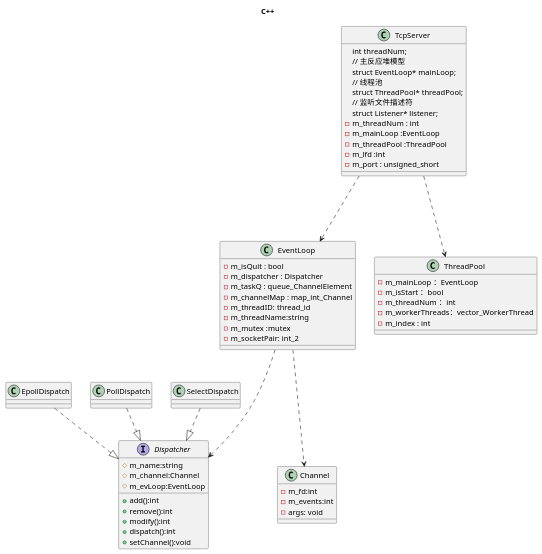
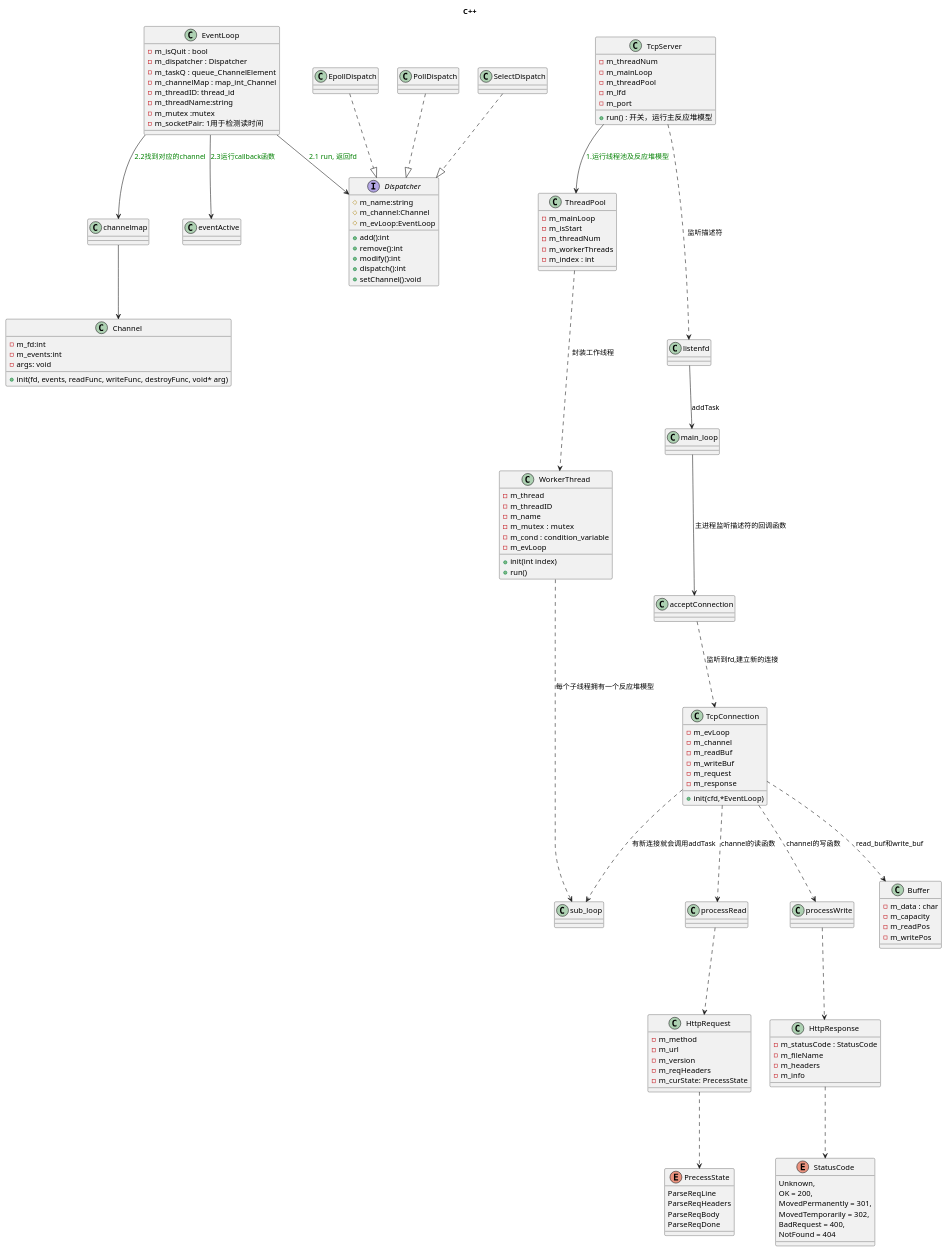
Before and after one commit to zhaol233/httpserver: the diagram in src/ReactorHttp-Cpp/class_cpp.puml, drawn with PlantUML. The commit also changed 12 other files, not shown here.

```diff
--- a/src/ReactorHttp-Cpp/class_cpp.puml
+++ b/src/ReactorHttp-Cpp/class_cpp.puml
@@ -1,74 +1,160 @@
 @startuml
 title
 C++
 end title
 
 class Channel{
     - m_fd:int
     - m_events:int
     - args: void
+    + init(fd, events, readFunc, writeFunc, destroyFunc, void* arg)
 }
 
 interface Dispatcher{
     + add():int
     + remove():int
     + modify():int
     + dispatch():int
     + setChannel():void
     # m_name:string
     # m_channel:Channel
     # m_evLoop:EventLoop
 }
 
 
 EpollDispatch -.|> Dispatcher
 PollDispatch -.|> Dispatcher
 SelectDispatch -.|> Dispatcher
 
 class EventLoop{
     - m_isQuit : bool 
     - m_dispatcher : Dispatcher
     - m_taskQ : queue_ChannelElement
     - m_channelMap : map_int_Channel
     - m_threadID: thread_id
     - m_threadName:string 
     - m_mutex :mutex 
-    - m_socketPair: int_2
+    - m_socketPair: 1用于检测读时间
 }
 
-EventLoop --.> Channel
-EventLoop --.> Dispatcher 
+' EventLoop --.> Channel : 包含channelmap
+EventLoop --> Dispatcher : <color:green>2.1 run, 返回fd
+EventLoop --> channelmap:  <color:green>2.2找到对应的channel
+channelmap --> Channel
+EventLoop --> eventActive :  <color:green>2.3运行callback函数
 
 class ThreadPool{
-    - m_mainLoop ：EventLoop
-    - m_isStart ：bool 
-    - m_threadNum ：int 
-    - m_workerThreads：vector_WorkerThread
+    - m_mainLoop
+    - m_isStart 
+    - m_threadNum
+    - m_workerThreads
     - m_index : int 
+} 
+
+' main_loop --.>EventLoop
+' sub_loop --.> EventLoop
+
+class WorkerThread
+{
+    - m_thread
+    - m_threadID
+    - m_name
+    - m_mutex :  mutex
+    - m_cond : condition_variable 
+    - m_evLoop
+
+    + init(int index)
+    + run()
 }
 
+
 class TcpServer{
-    int threadNum;
-    // 主反应堆模型
-    struct EventLoop* mainLoop;
-    // 线程池
-    struct ThreadPool* threadPool;
-    // 监听文件描述符
-    struct Listener* listener;
+    - m_threadNum
+    - m_mainLoop
+    - m_threadPool
+    - m_lfd 
+    - m_port 
+    + run() : 开关，运行主反应堆模型
 }
 
-class TcpServer{
-    - m_threadNum : int 
-    - m_mainLoop :EventLoop
-    - m_threadPool :ThreadPool
-    - m_lfd :int 
-    - m_port : unsigned_short
+class TcpConnection
+{
+    - m_evLoop
+    - m_channel
+    - m_readBuf
+    - m_writeBuf
+    - m_request
+    - m_response
+
+    + init(cfd,*EventLoop)
 }
 
-TcpServer --.> ThreadPool
-TcpServer --.> EventLoop
+class Buffer{
+    - m_data : char
+    - m_capacity
+    - m_readPos
+    - m_writePos
+}
+class HttpRequest {
+    - m_method
+    - m_url
+    - m_version
+    - m_reqHeaders
+    - m_curState: PrecessState 
+}
+
+class HttpResponse
+{
+    - m_statusCode : StatusCode 
+    - m_fileName
+    - m_headers 
+    - m_info 
+}
+
+enum StatusCode
+{
+    Unknown,
+    OK = 200,
+    MovedPermanently = 301,
+    MovedTemporarily = 302,
+    BadRequest = 400,
+    NotFound = 404
+}
+
+enum PrecessState
+{
+    ParseReqLine
+    ParseReqHeaders
+    ParseReqBody
+    ParseReqDone
+} 
+
+HttpRequest --.> PrecessState
+HttpResponse --.> StatusCode
+
+TcpServer --> ThreadPool : <color:green>1.运行线程池及反应堆模型 </color>
+
+ThreadPool --.> WorkerThread : 封装工作线程
+WorkerThread --.> sub_loop : 每个子线程拥有一个反应堆模型
+TcpServer --.> listenfd : 监听描述符
+
+main_loop --> acceptConnection : 主进程监听描述符的回调函数 
+listenfd --> main_loop : addTask
+
+acceptConnection --.> TcpConnection : 监听到fd,建立新的连接
+
+TcpConnection --.> sub_loop  : 有新连接就会调用addTask
+
+TcpConnection --.> processRead : channel的读函数
+processRead --.> HttpRequest
+TcpConnection --.> processWrite : channel的写函数
+processWrite --.> HttpResponse
+
+TcpConnection  --.> Buffer  : read_buf和write_buf
+' TcpConnection  --.> Channel : 当前连接对应的channel
+
 
 ' main.c --> hh
 
 
 @enduml
```
